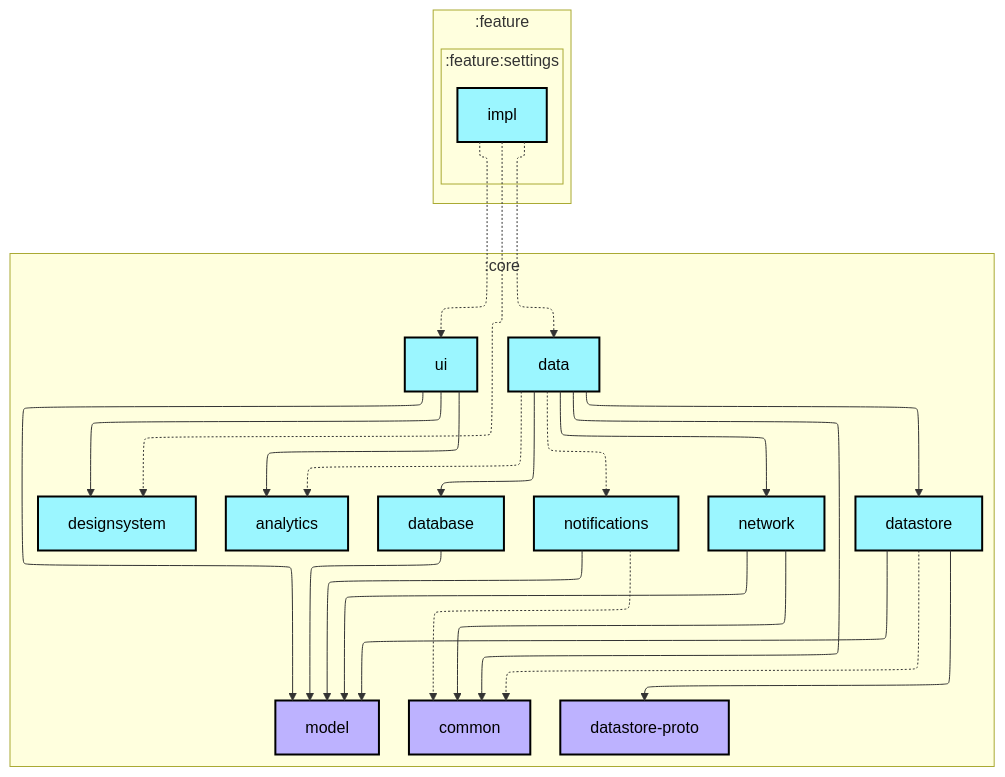
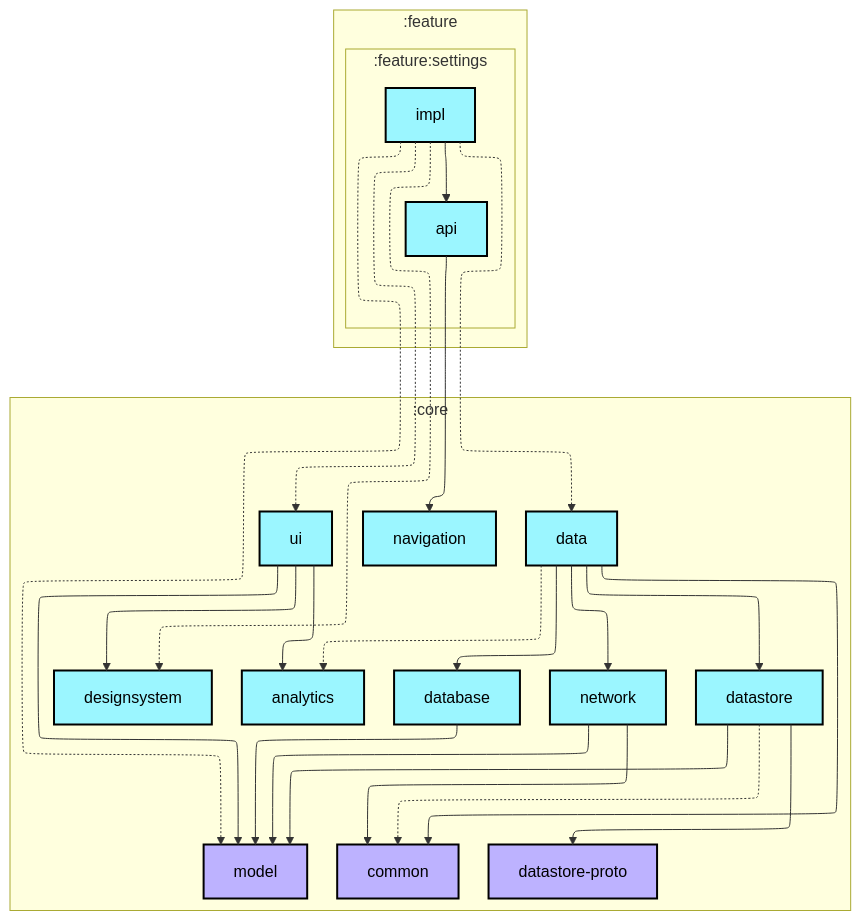
Before and after one commit to alfariesh/surau-android: the first of 2 diagrams in feature/settings/impl/README.md, drawn with Mermaid. The commit also changed 72 other files, not shown here.

First line of the commit message:
Format the codebase with spotless and regenerate module graphs (M1.5.1)

````diff
--- a/feature/settings/impl/README.md
+++ b/feature/settings/impl/README.md
@@ -6,58 +6,59 @@
 ```mermaid
 ---
 config:
   layout: elk
   elk:
     nodePlacementStrategy: SIMPLE
 ---
 graph TB
   subgraph :feature
     direction TB
     subgraph :feature:settings
       direction TB
+      :feature:settings:api[api]:::android-library
       :feature:settings:impl[impl]:::android-library
     end
   end
   subgraph :core
     direction TB
     :core:analytics[analytics]:::android-library
     :core:common[common]:::jvm-library
     :core:data[data]:::android-library
     :core:database[database]:::android-library
     :core:datastore[datastore]:::android-library
     :core:datastore-proto[datastore-proto]:::jvm-library
     :core:designsystem[designsystem]:::android-library
     :core:model[model]:::jvm-library
+    :core:navigation[navigation]:::android-library
     :core:network[network]:::android-library
-    :core:notifications[notifications]:::android-library
     :core:ui[ui]:::android-library
   end
 
   :core:data -.-> :core:analytics
   :core:data --> :core:common
   :core:data --> :core:database
   :core:data --> :core:datastore
   :core:data --> :core:network
-  :core:data -.-> :core:notifications
   :core:database --> :core:model
   :core:datastore -.-> :core:common
   :core:datastore --> :core:datastore-proto
   :core:datastore --> :core:model
   :core:network --> :core:common
   :core:network --> :core:model
-  :core:notifications -.-> :core:common
-  :core:notifications --> :core:model
   :core:ui --> :core:analytics
   :core:ui --> :core:designsystem
   :core:ui --> :core:model
+  :feature:settings:api --> :core:navigation
   :feature:settings:impl -.-> :core:data
   :feature:settings:impl -.-> :core:designsystem
+  :feature:settings:impl -.-> :core:model
   :feature:settings:impl -.-> :core:ui
+  :feature:settings:impl --> :feature:settings:api
 
 classDef android-application fill:#CAFFBF,stroke:#000,stroke-width:2px,color:#000;
 classDef android-feature fill:#FFD6A5,stroke:#000,stroke-width:2px,color:#000;
 classDef android-library fill:#9BF6FF,stroke:#000,stroke-width:2px,color:#000;
 classDef android-test fill:#A0C4FF,stroke:#000,stroke-width:2px,color:#000;
 classDef jvm-library fill:#BDB2FF,stroke:#000,stroke-width:2px,color:#000;
 classDef unknown fill:#FFADAD,stroke:#000,stroke-width:2px,color:#000;
 ```
````
